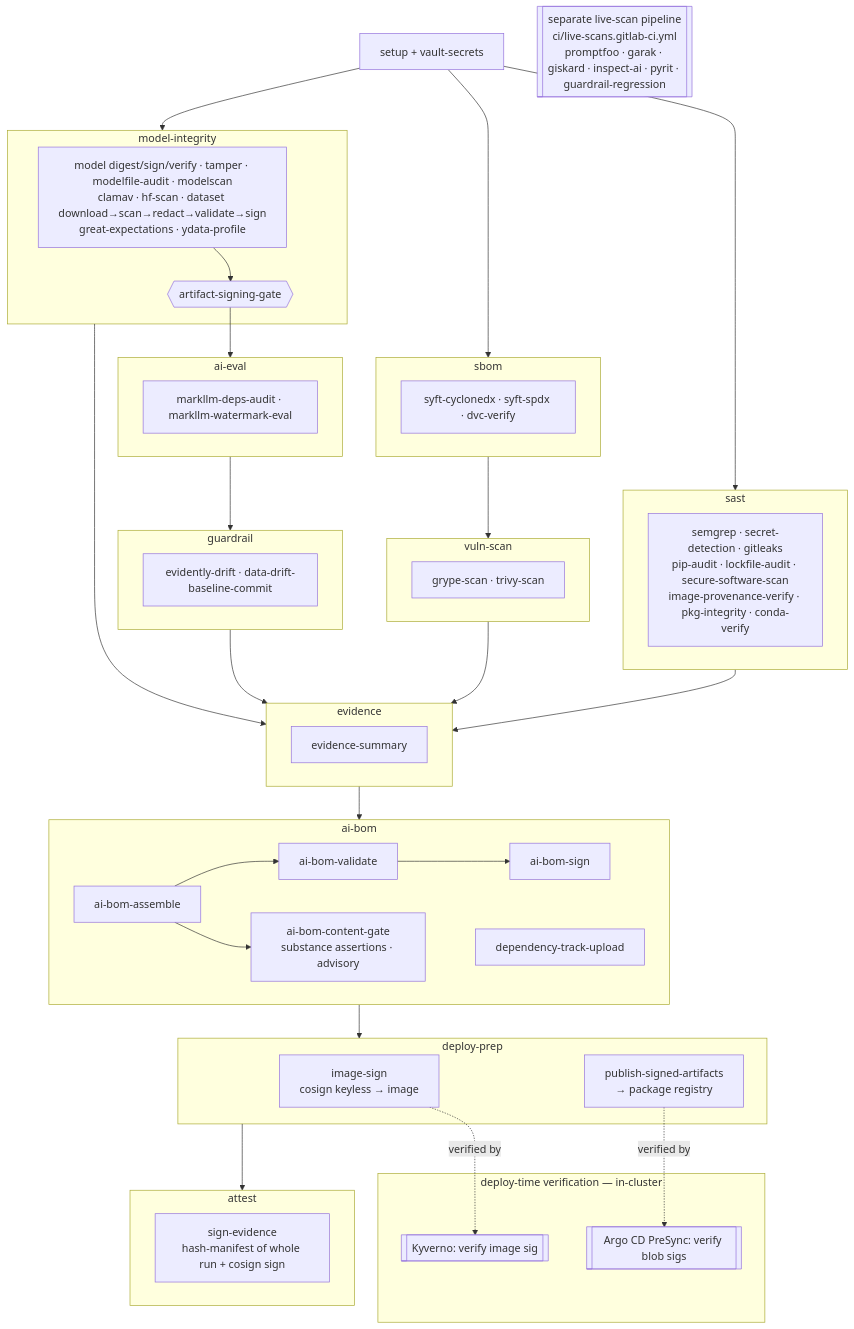
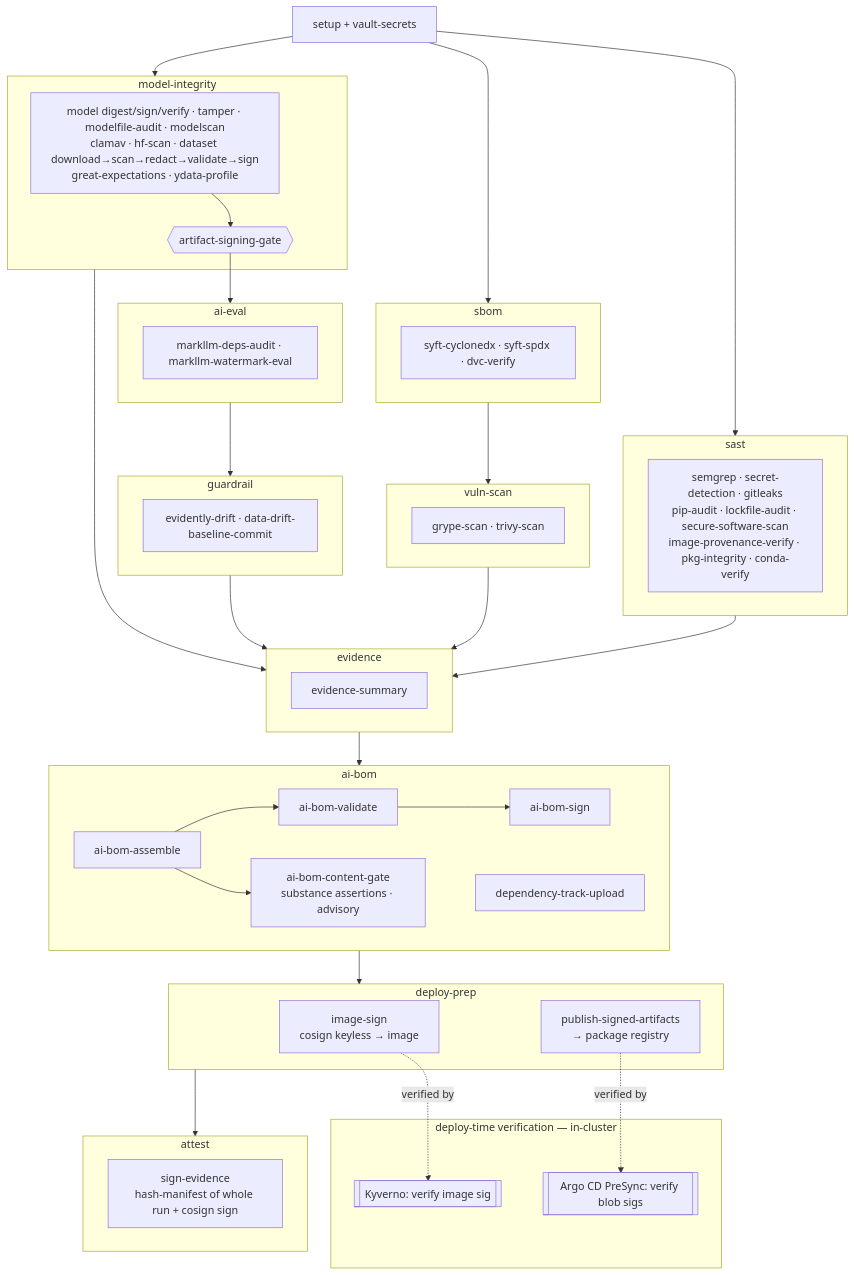
One commit to Nate-Carroll-Cyber/mlsecdevops-pipeline-example changed the diagram in docs/gaips-materials/ci/SBOM.md. Above: the diagram before and after it, drawn with Mermaid. The commit also changed other lines of this file and 56 other files, not shown here.

First line of the commit message:
Rebrand to MLSECDEVOPS GitLab Pipeline; remove live-scan/red-team layer, lab/class + internal working docs

````diff
--- a/docs/gaips-materials/ci/SBOM.md
+++ b/docs/gaips-materials/ci/SBOM.md
@@ -20,52 +20,51 @@
 ```mermaid
 flowchart TD
     setup[setup + vault-secrets]
     subgraph SAST [sast]
       s1[semgrep · secret-detection · gitleaks<br/>pip-audit · lockfile-audit · secure-software-scan<br/>image-provenance-verify · pkg-integrity · conda-verify]
     end
     subgraph SBOM [sbom]
       s2[syft-cyclonedx · syft-spdx · dvc-verify]
     end
     subgraph VULN [vuln-scan]
       s3[grype-scan · trivy-scan]
     end
     subgraph MI [model-integrity]
       s4[model digest/sign/verify · tamper · modelfile-audit · modelscan<br/>clamav · hf-scan · dataset download→scan→redact→validate→sign<br/>great-expectations · ydata-profile]
       g{{artifact-signing-gate}}
       s4 --> g
     end
     subgraph EVAL [ai-eval]
       s5[markllm-deps-audit · markllm-watermark-eval]
     end
     subgraph GUARD [guardrail]
       s6[evidently-drift · data-drift-baseline-commit]
     end
-    s_live[[separate live-scan pipeline<br/>ci/live-scans.gitlab-ci.yml<br/>promptfoo · garak · giskard · inspect-ai · pyrit · guardrail-regression]]
     subgraph EVID [evidence]
       s7[evidence-summary]
     end
     subgraph AIBOM [ai-bom]
       a1[ai-bom-assemble] --> a2[ai-bom-validate] --> a3[ai-bom-sign]
       a1 --> a4[ai-bom-content-gate<br/>substance assertions · advisory]
       a5[dependency-track-upload]
     end
     subgraph DEPLOY [deploy-prep]
       d1[image-sign<br/>cosign keyless → image]
       d2[publish-signed-artifacts<br/>→ package registry]
     end
     subgraph ATTEST [attest]
       at1[sign-evidence<br/>hash-manifest of whole run + cosign sign]
     end
     subgraph VERIFY [deploy-time verification — in-cluster]
       v1[[Kyverno: verify image sig]]
       v2[[Argo CD PreSync: verify blob sigs]]
     end
 
     setup --> SAST & SBOM & MI
     SBOM --> VULN
     g --> EVAL --> GUARD
     SAST & VULN & GUARD & MI --> EVID
     EVID --> AIBOM --> DEPLOY --> ATTEST
     d1 -. "verified by" .-> v1
     d2 -. "verified by" .-> v2
 ```
````
